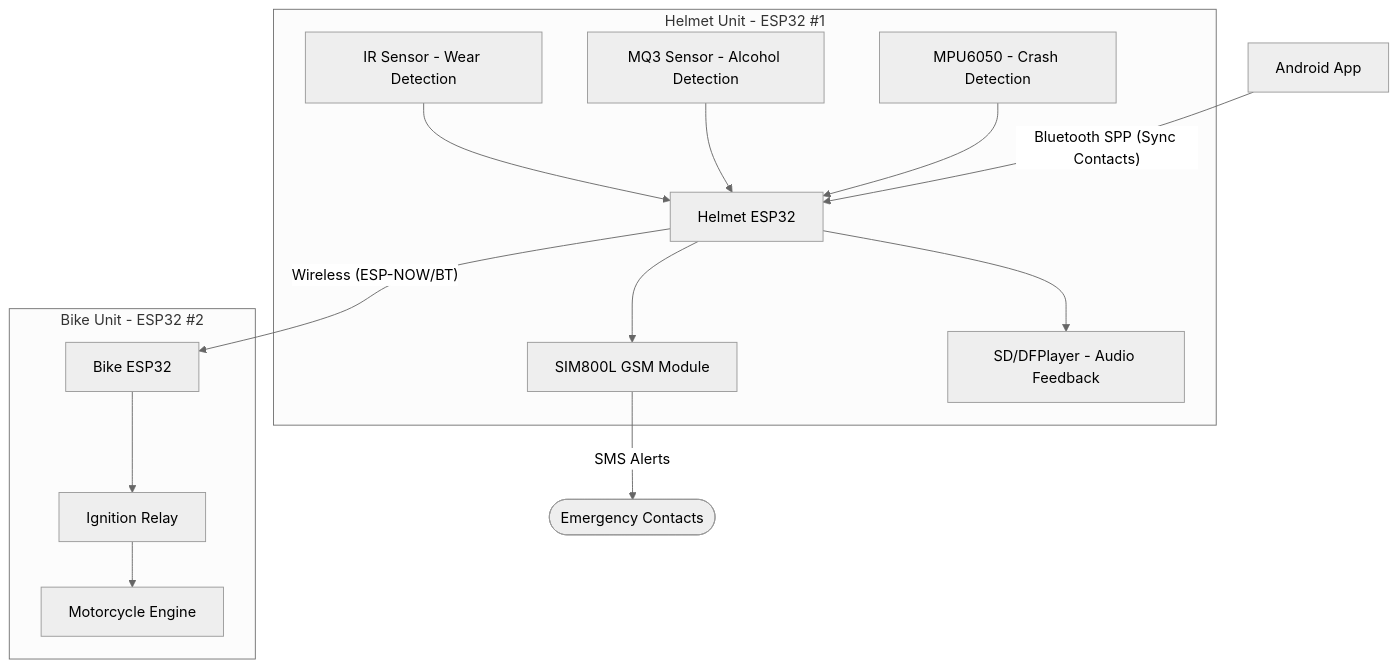
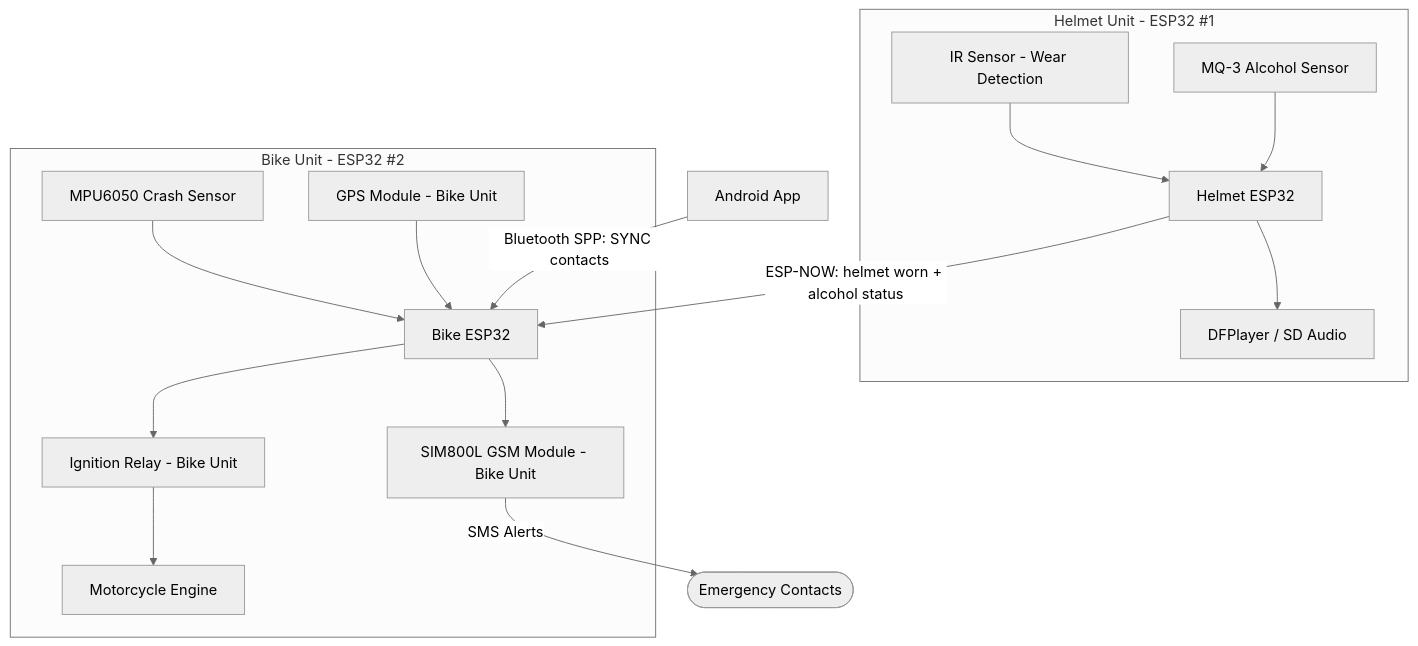
One commit to Benedwe/Smarthelmet-sytem changed the diagram in README.md. Above: the diagram before and after it, drawn with Mermaid (neutral theme). The commit also changed other lines of this file and 86 other files, not shown here.

````diff
--- a/README.md
+++ b/README.md
@@ -14,36 +18,34 @@
 ```mermaid
 flowchart TD
-    %% Android App
     App[Android App]
 
-    %% Helmet Unit
     subgraph HelmetUnit[Helmet Unit - ESP32 #1]
         ESP_H[Helmet ESP32]
         IR[IR Sensor - Wear Detection]
-        MQ3[MQ3 Sensor - Alcohol Detection]
-        MPU[MPU6050 - Crash Detection]
-        SIM[SIM800L GSM Module]
-        Audio[SD/DFPlayer - Audio Feedback]
+        MQ3[MQ-3 Alcohol Sensor]
+        Audio[DFPlayer / SD Audio]
 
         IR --> ESP_H
         MQ3 --> ESP_H
-        MPU --> ESP_H
-        ESP_H --> SIM
         ESP_H --> Audio
     end
 
-    %% Bike Unit
     subgraph BikeUnit[Bike Unit - ESP32 #2]
         ESP_B[Bike ESP32]
-        Relay[Ignition Relay]
+        MPU[MPU6050 Crash Sensor]
+        GPS[GPS Module - Bike Unit]
+        GSM[SIM800L GSM Module - Bike Unit]
+        Relay[Ignition Relay - Bike Unit]
         Engine[Motorcycle Engine]
 
+        MPU --> ESP_B
+        GPS --> ESP_B
+        ESP_B --> GSM
         ESP_B --> Relay
         Relay --> Engine
     end
 
-    %% Connections
-    App -- "Bluetooth SPP (Sync Contacts)" --> ESP_H
-    SIM -- "SMS Alerts" --> Contacts([Emergency Contacts])
-    ESP_H -- "Wireless (ESP-NOW/BT)" --> ESP_B
+    App -- "Bluetooth SPP: SYNC contacts" --> ESP_B
+    ESP_H -- "ESP-NOW: helmet worn + alcohol status" --> ESP_B
+    GSM -- "SMS Alerts" --> Contacts([Emergency Contacts])
 ```
````
